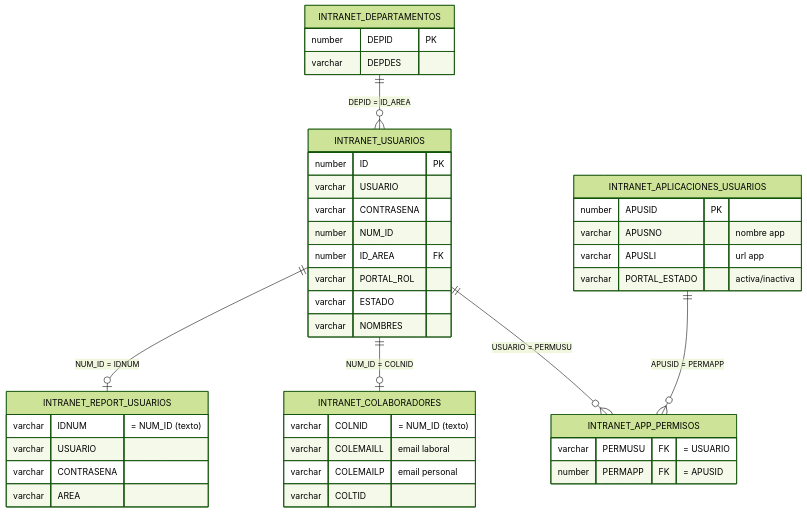
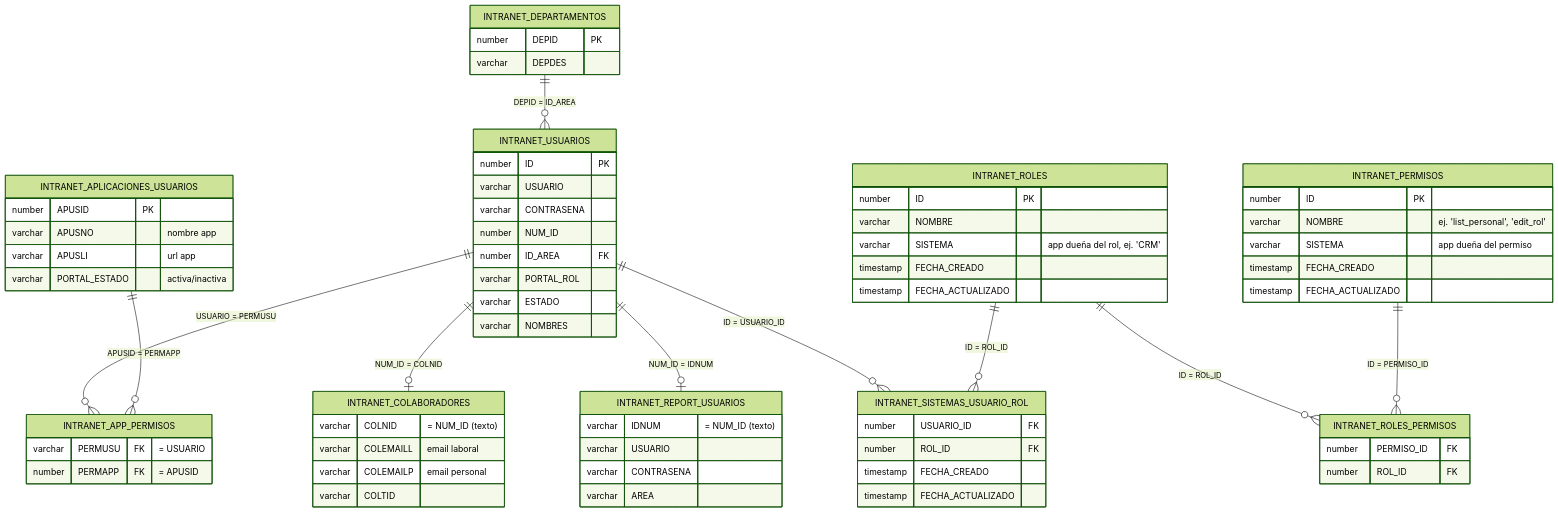
Before and after one commit to practicantesistemas-dev/CRM: the diagram in backend_crm_mercadeo/DIAGRAMA_BASE_DATOS.md, drawn with Mermaid (forest theme). The commit also changed other lines of this file, not shown here.

First line of the commit message:
Actualizo diagrama de Login

````diff
--- a/backend_crm_mercadeo/DIAGRAMA_BASE_DATOS.md
+++ b/backend_crm_mercadeo/DIAGRAMA_BASE_DATOS.md
@@ -10,50 +10,82 @@
 ```mermaid
 erDiagram
     INTRANET_USUARIOS ||--o{ INTRANET_APP_PERMISOS : "USUARIO = PERMUSU"
     INTRANET_APLICACIONES_USUARIOS ||--o{ INTRANET_APP_PERMISOS : "APUSID = PERMAPP"
     INTRANET_DEPARTAMENTOS ||--o{ INTRANET_USUARIOS : "DEPID = ID_AREA"
     INTRANET_USUARIOS ||--o| INTRANET_COLABORADORES : "NUM_ID = COLNID"
     INTRANET_USUARIOS ||--o| INTRANET_REPORT_USUARIOS : "NUM_ID = IDNUM"
+    INTRANET_USUARIOS ||--o{ INTRANET_SISTEMAS_USUARIO_ROL : "ID = USUARIO_ID"
+    INTRANET_ROLES ||--o{ INTRANET_SISTEMAS_USUARIO_ROL : "ID = ROL_ID"
+    INTRANET_ROLES ||--o{ INTRANET_ROLES_PERMISOS : "ID = ROL_ID"
+    INTRANET_PERMISOS ||--o{ INTRANET_ROLES_PERMISOS : "ID = PERMISO_ID"
 
     INTRANET_USUARIOS {
         number ID PK
         varchar USUARIO
         varchar CONTRASENA
         number NUM_ID
         number ID_AREA FK
         varchar PORTAL_ROL
         varchar ESTADO
         varchar NOMBRES
+    }
+
+    INTRANET_ROLES {
+        number ID PK
+        varchar NOMBRE
+        varchar SISTEMA "app dueña del rol, ej. 'CRM'"
+        timestamp FECHA_CREADO
+        timestamp FECHA_ACTUALIZADO
+    }
+
+    INTRANET_PERMISOS {
+        number ID PK
+        varchar NOMBRE "ej. 'list_personal', 'edit_rol'"
+        varchar SISTEMA "app dueña del permiso"
+        timestamp FECHA_CREADO
+        timestamp FECHA_ACTUALIZADO
+    }
+
+    INTRANET_ROLES_PERMISOS {
+        number PERMISO_ID FK
+        number ROL_ID FK
+    }
+
+    INTRANET_SISTEMAS_USUARIO_ROL {
+        number USUARIO_ID FK
+        number ROL_ID FK
+        timestamp FECHA_CREADO
+        timestamp FECHA_ACTUALIZADO
     }
 
     INTRANET_DEPARTAMENTOS {
         number DEPID PK
         varchar DEPDES
     }
 
     INTRANET_COLABORADORES {
         varchar COLNID "= NUM_ID (texto)"
         varchar COLEMAILL "email laboral"
         varchar COLEMAILP "email personal"
         varchar COLTID
     }
 
     INTRANET_REPORT_USUARIOS {
         varchar IDNUM "= NUM_ID (texto)"
         varchar USUARIO
         varchar CONTRASENA
         varchar AREA
     }
 
     INTRANET_APP_PERMISOS {
         varchar PERMUSU FK "= USUARIO"
         number PERMAPP FK "= APUSID"
     }
 
     INTRANET_APLICACIONES_USUARIOS {
         number APUSID PK
         varchar APUSNO "nombre app"
         varchar APUSLI "url app"
         varchar PORTAL_ESTADO "activa/inactiva"
     }
 ```
````
